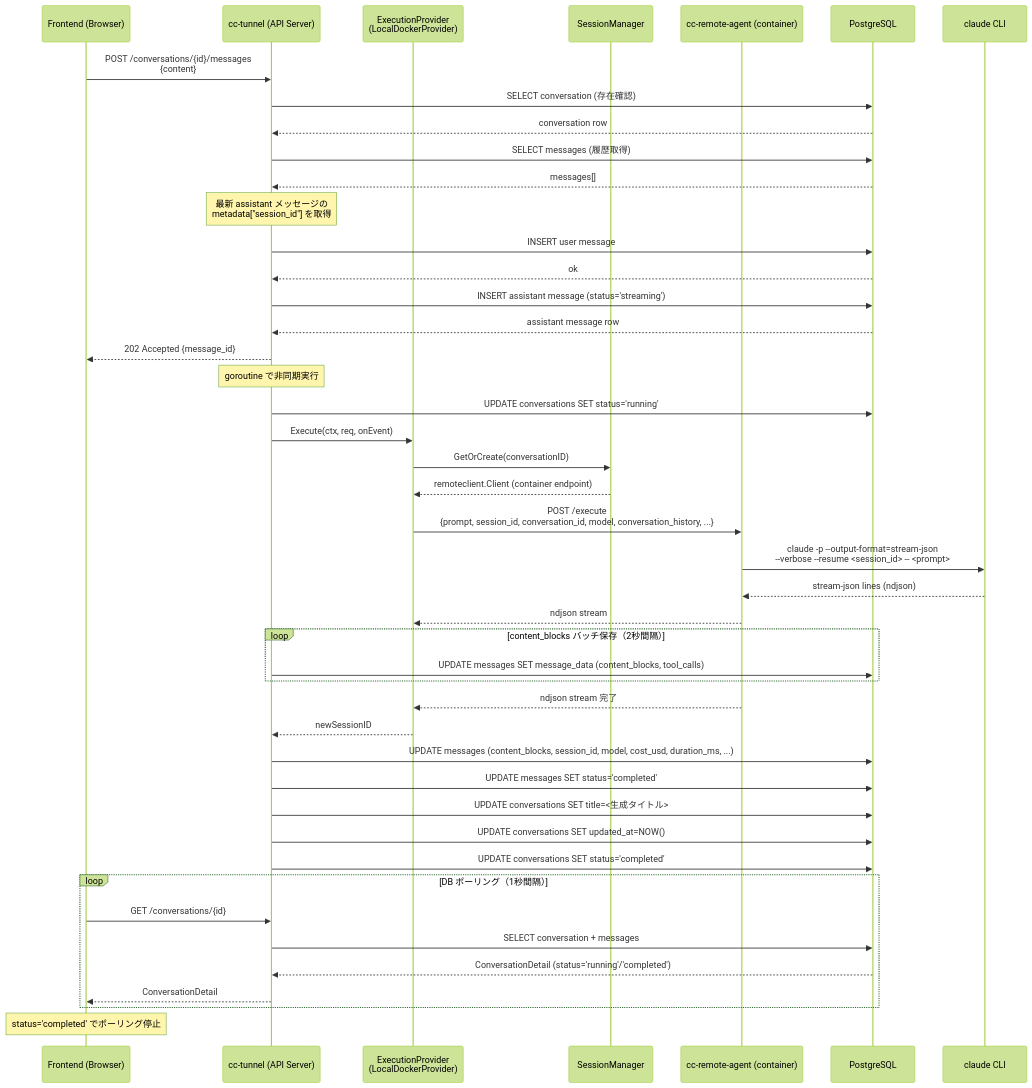
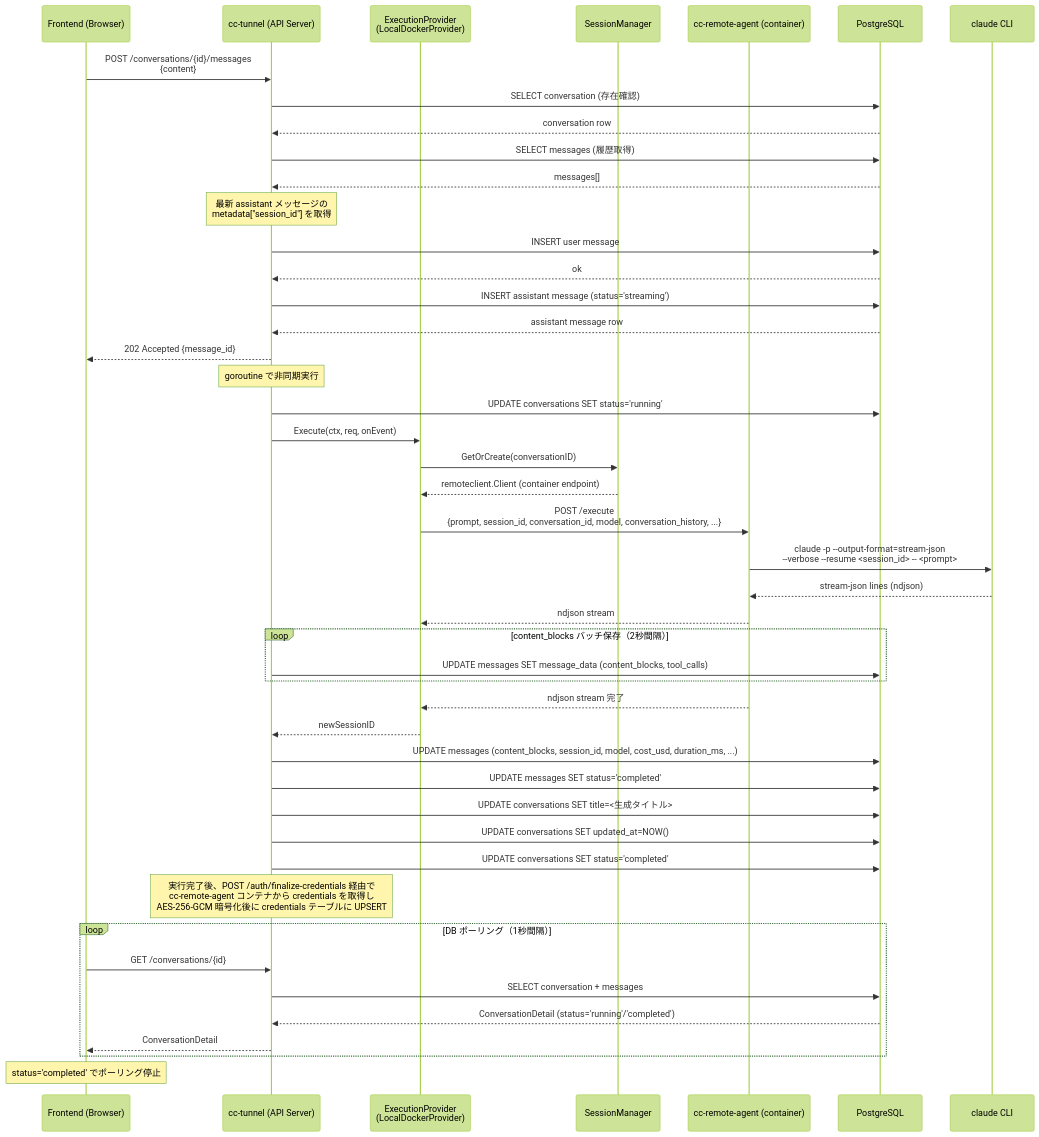
The second of 5 diagrams in docs/sequence.md (pollenjp/cc-tunnel), drawn with Mermaid (forest theme) before and after one commit. The commit also changed other lines of this file and 24 other files, not shown here.

First line of the commit message:
docs: 実装変更に追従して docs・PlantUML 図を一括同期

````diff
--- a/docs/sequence.md
+++ b/docs/sequence.md
@@ -19,53 +19,54 @@
 ```mermaid
 sequenceDiagram
     participant F as Frontend (Browser)
     participant T as cc-tunnel (API Server)
     participant P as ExecutionProvider<br/>(LocalDockerProvider)
     participant SM as SessionManager
     participant A as cc-remote-agent (container)
     participant D as PostgreSQL
     participant C as claude CLI
 
     F->>T: POST /conversations/{id}/messages<br/>{content}
     T->>D: SELECT conversation (存在確認)
     D-->>T: conversation row
     T->>D: SELECT messages (履歴取得)
     D-->>T: messages[]
     Note over T: 最新 assistant メッセージの<br/>metadata["session_id"] を取得
     T->>D: INSERT user message
     D-->>T: ok
     T->>D: INSERT assistant message (status='streaming')
     D-->>T: assistant message row
     T-->>F: 202 Accepted {message_id}
 
     Note over T: goroutine で非同期実行
 
     T->>D: UPDATE conversations SET status='running'
     T->>P: Execute(ctx, req, onEvent)
     P->>SM: GetOrCreate(conversationID)
     SM-->>P: remoteclient.Client (container endpoint)
     P->>A: POST /execute<br/>{prompt, session_id, conversation_id, model, conversation_history, ...}
     A->>C: claude -p --output-format=stream-json<br/>--verbose --resume <session_id> -- <prompt>
     C-->>A: stream-json lines (ndjson)
     A-->>P: ndjson stream
 
     loop content_blocks バッチ保存（2秒間隔）
         T->>D: UPDATE messages SET message_data (content_blocks, tool_calls)
     end
 
     A-->>P: ndjson stream 完了
     P-->>T: newSessionID
     T->>D: UPDATE messages (content_blocks, session_id, model, cost_usd, duration_ms, ...)
     T->>D: UPDATE messages SET status='completed'
     T->>D: UPDATE conversations SET title=<生成タイトル>
     T->>D: UPDATE conversations SET updated_at=NOW()
     T->>D: UPDATE conversations SET status='completed'
+    Note over T: 実行完了後、POST /auth/finalize-credentials 経由で<br/>cc-remote-agent コンテナから credentials を取得し<br/>AES-256-GCM 暗号化後に credentials テーブルに UPSERT
 
     loop DB ポーリング（1秒間隔）
         F->>T: GET /conversations/{id}
         T->>D: SELECT conversation + messages
         D-->>T: ConversationDetail (status='running'/'completed')
         T-->>F: ConversationDetail
     end
     Note over F: status='completed' でポーリング停止
 ```
````
